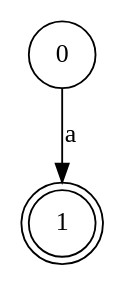
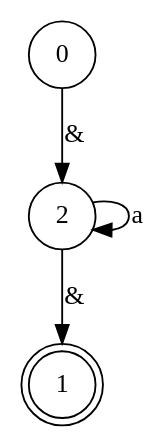
Before and after one commit to igorbragaia/CTC-34: the diagram in projeto_1/test-output/graph.gv, drawn with Graphviz. The commit also changed 5 other files, not shown here.

```diff
--- a/projeto_1/test-output/graph.gv
+++ b/projeto_1/test-output/graph.gv
@@ -1,5 +1,8 @@
 digraph {
 	0 [shape=circle]
 	1 [shape=doublecircle]
-	0 -> 1 [label=a]
+	2 [shape=circle]
+	2 -> 2 [label=a]
+	0 -> 2 [label="&"]
+	2 -> 1 [label="&"]
 }
```
